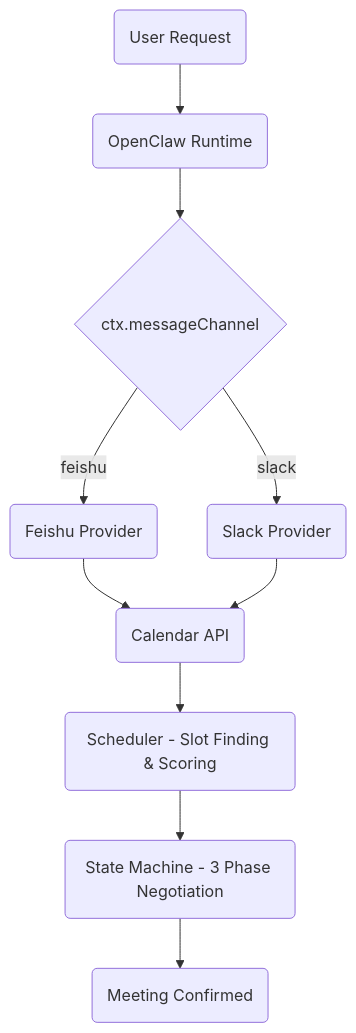
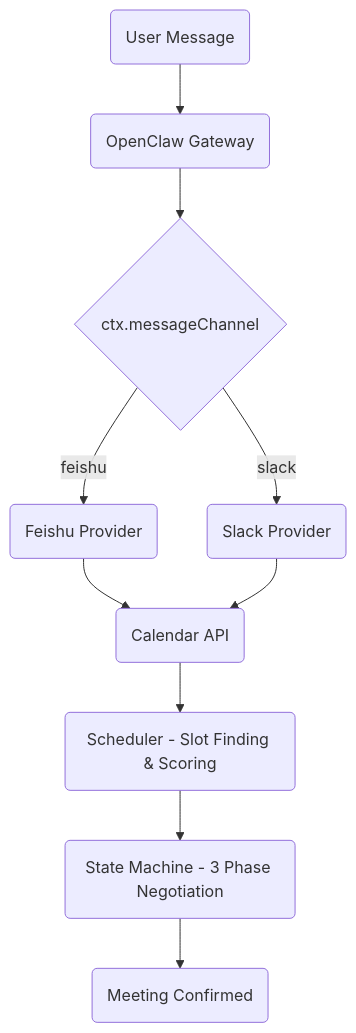
One commit to javana3/claw_meeting_all changed the first of 7 diagrams in README.md. Above: the diagram before and after it, drawn with Mermaid. The commit also changed other lines of this file and 4 other files, not shown here.

````diff
--- a/README.md
+++ b/README.md
@@ -23,12 +25,12 @@
 ```mermaid
 graph TD
-    A(User Request) --> B(OpenClaw Runtime)
+    A(User Message) --> B(OpenClaw Gateway)
     B --> C{ctx.messageChannel}
     C -->|feishu| D(Feishu Provider)
     C -->|slack| E(Slack Provider)
     D --> F(Calendar API)
     E --> F
     F --> G(Scheduler - Slot Finding & Scoring)
     G --> H(State Machine - 3 Phase Negotiation)
     H --> I(Meeting Confirmed)
 ```
````
